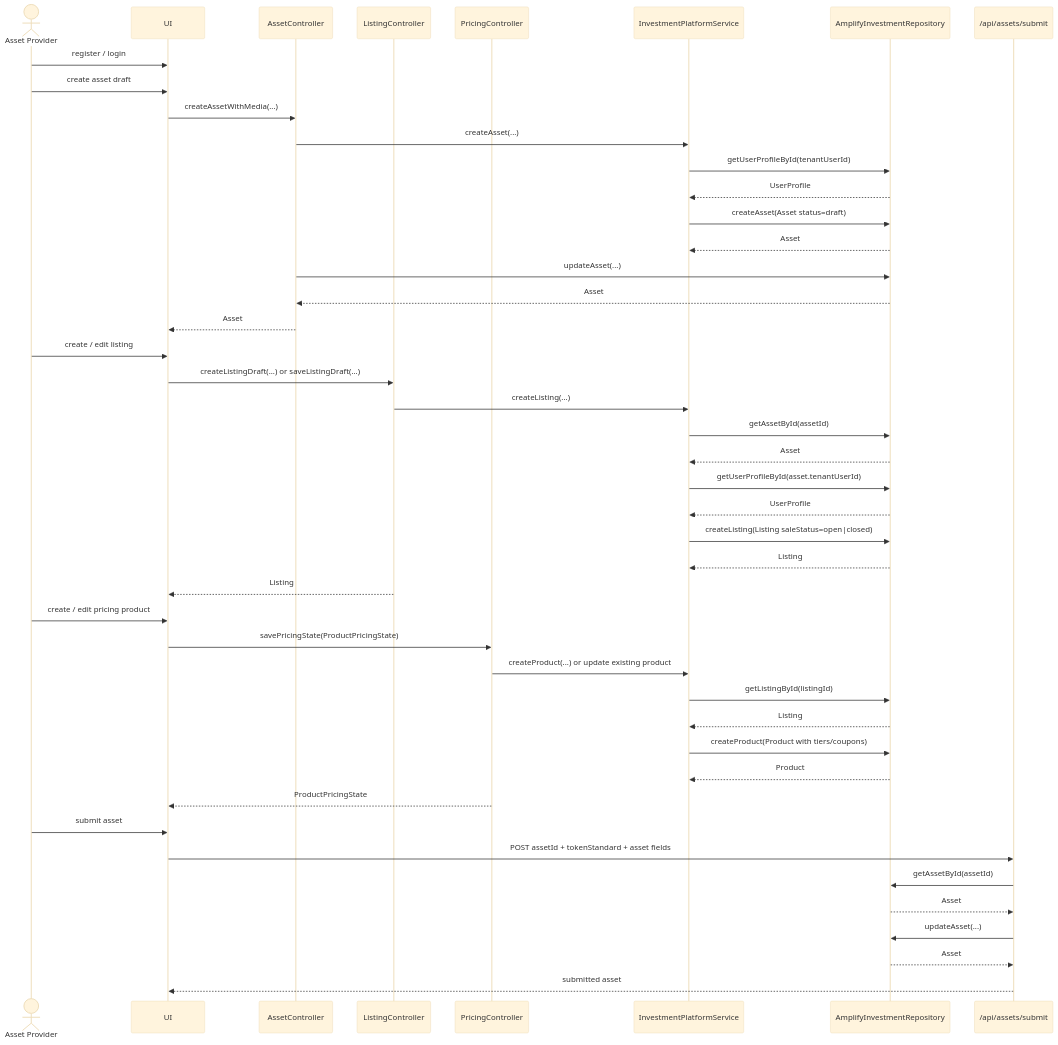
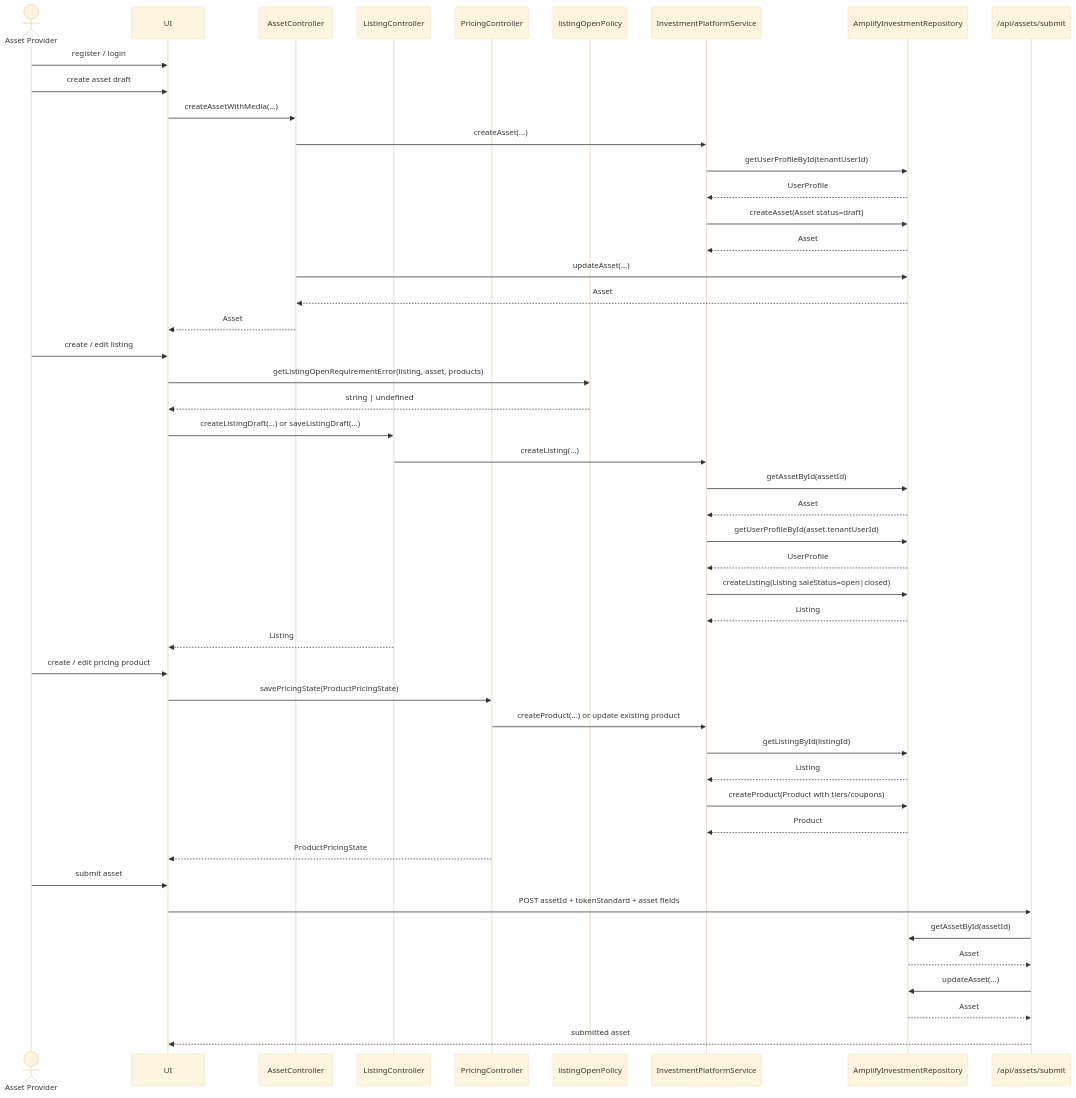
The first of 4 diagrams in specs/5 - ui investment runtime flow.md (j4nos/cz), drawn with Mermaid (base theme) before and after one commit. The commit also changed other lines of this file and 152 other files, not shown here.

Commit message:
refactor: align routes and frontend entrypoints with clean architecture

````diff
--- a/specs/5 - ui investment runtime flow.md
+++ b/specs/5 - ui investment runtime flow.md
@@ -3,51 +3,54 @@
 ```mermaid
 sequenceDiagram
   actor AssetProvider as Asset Provider
   participant UI as UI
   participant AssetController as AssetController
   participant ListingController as ListingController
   participant PricingController as PricingController
+  participant ListingOpenPolicy as listingOpenPolicy
   participant Service as InvestmentPlatformService
   participant Repo as AmplifyInvestmentRepository
   participant SubmitApi as /api/assets/submit
 
   AssetProvider->>UI: register / login
   AssetProvider->>UI: create asset draft
   UI->>AssetController: createAssetWithMedia(...)
   AssetController->>Service: createAsset(...)
   Service->>Repo: getUserProfileById(tenantUserId)
   Repo-->>Service: UserProfile
   Service->>Repo: createAsset(Asset status=draft)
   Repo-->>Service: Asset
   AssetController->>Repo: updateAsset(...)
   Repo-->>AssetController: Asset
   AssetController-->>UI: Asset
 
   AssetProvider->>UI: create / edit listing
+  UI->>ListingOpenPolicy: getListingOpenRequirementError(listing, asset, products)
+  ListingOpenPolicy-->>UI: string | undefined
   UI->>ListingController: createListingDraft(...) or saveListingDraft(...)
   ListingController->>Service: createListing(...)
   Service->>Repo: getAssetById(assetId)
   Repo-->>Service: Asset
   Service->>Repo: getUserProfileById(asset.tenantUserId)
   Repo-->>Service: UserProfile
   Service->>Repo: createListing(Listing saleStatus=open|closed)
   Repo-->>Service: Listing
   ListingController-->>UI: Listing
 
   AssetProvider->>UI: create / edit pricing product
   UI->>PricingController: savePricingState(ProductPricingState)
   PricingController->>Service: createProduct(...) or update existing product
   Service->>Repo: getListingById(listingId)
   Repo-->>Service: Listing
   Service->>Repo: createProduct(Product with tiers/coupons)
   Repo-->>Service: Product
   PricingController-->>UI: ProductPricingState
 
   AssetProvider->>UI: submit asset
   UI->>SubmitApi: POST assetId + tokenStandard + asset fields
   SubmitApi->>Repo: getAssetById(assetId)
   Repo-->>SubmitApi: Asset
   SubmitApi->>Repo: updateAsset(...)
   Repo-->>SubmitApi: Asset
   SubmitApi-->>UI: submitted asset
 ```
````
